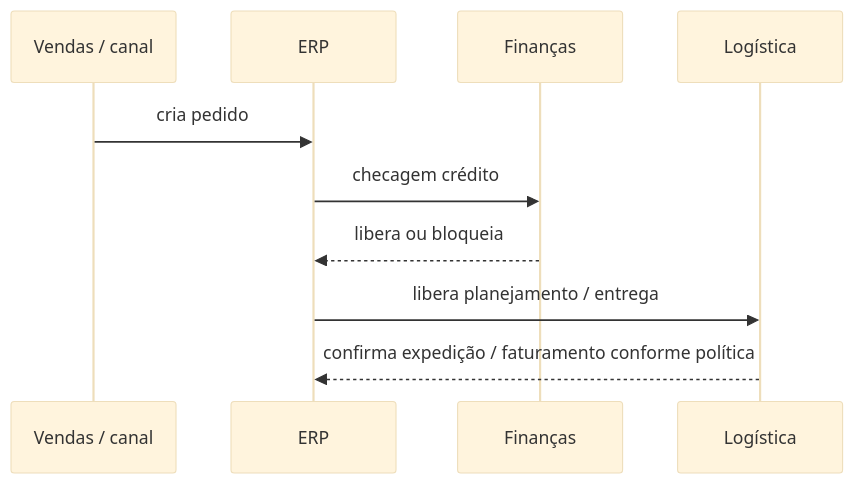
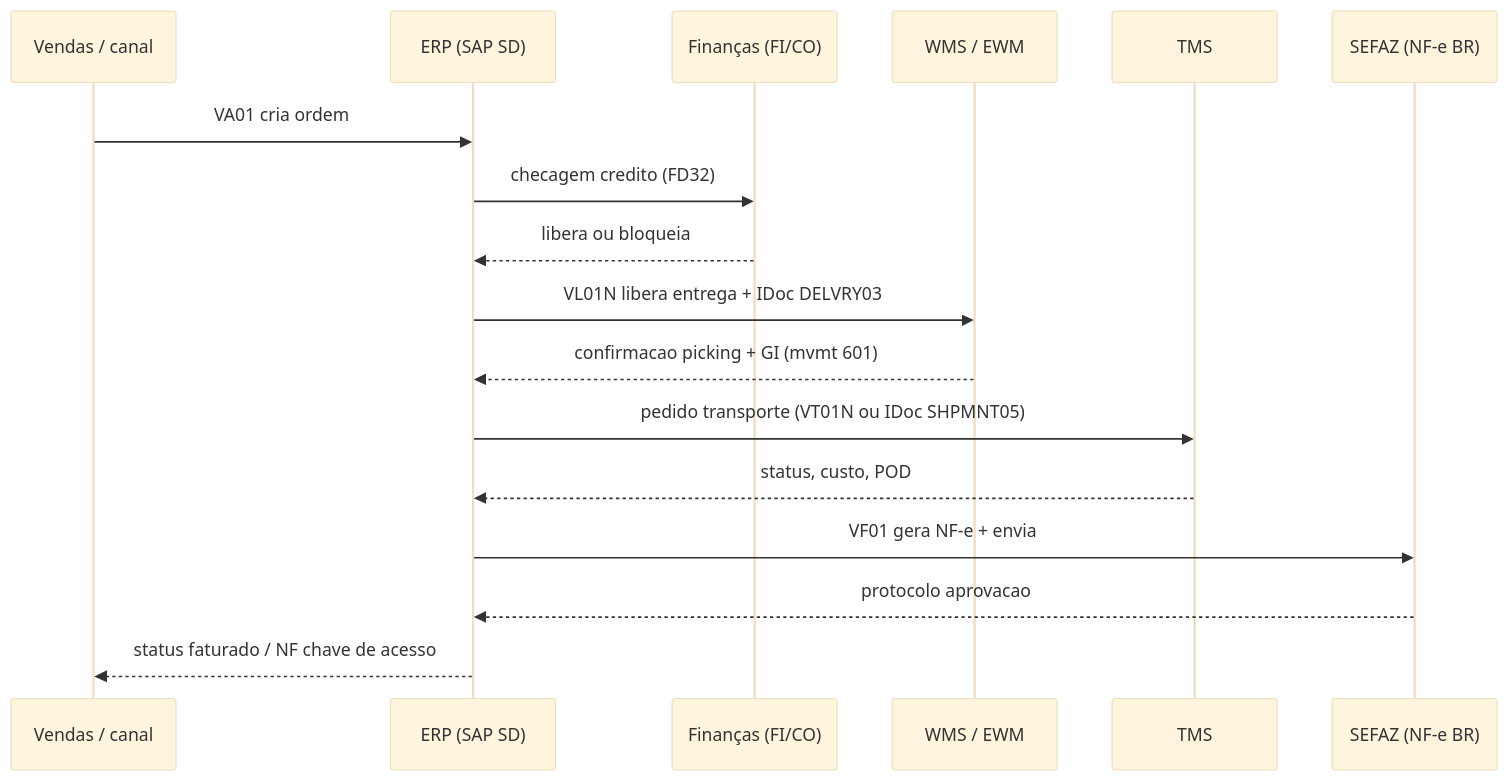
The fourth of 4 diagrams in aulas/trilha-tecnologia-e-sistemas/modulo-02-erp-aplicado-supply-chain/aula-01-documentos-estados-pedido.md (cleberhensel/logisticon-academy), drawn with Mermaid (base theme) before and after one commit. The commit also changed other lines of this file and 122 other files, not shown here.

````diff
--- a/aulas/trilha-tecnologia-e-sistemas/modulo-02-erp-aplicado-supply-chain/aula-01-documentos-estados-pedido.md
+++ b/aulas/trilha-tecnologia-e-sistemas/modulo-02-erp-aplicado-supply-chain/aula-01-documentos-estados-pedido.md
@@ -84,12 +143,19 @@
 ```mermaid
 sequenceDiagram
   participant V as Vendas / canal
-  participant ERP as ERP
-  participant F as Finanças
-  participant L as Logística
-  V->>ERP: cria pedido
-  ERP->>F: checagem crédito
-  F-->>ERP: libera ou bloqueia
-  ERP->>L: libera planejamento / entrega
-  L-->>ERP: confirma expedição / faturamento conforme política
+  participant ERP as ERP (SAP SD)
+  participant FI as Finanças (FI/CO)
+  participant W as WMS / EWM
+  participant T as TMS
+  participant SEF as SEFAZ (NF-e BR)
+  V->>ERP: VA01 cria ordem
+  ERP->>FI: checagem credito (FD32)
+  FI-->>ERP: libera ou bloqueia
+  ERP->>W: VL01N libera entrega + IDoc DELVRY03
+  W-->>ERP: confirmacao picking + GI (mvmt 601)
+  ERP->>T: pedido transporte (VT01N ou IDoc SHPMNT05)
+  T-->>ERP: status, custo, POD
+  ERP->>SEF: VF01 gera NF-e + envia
+  SEF-->>ERP: protocolo aprovacao
+  ERP-->>V: status faturado / NF chave de acesso
 ```
````
